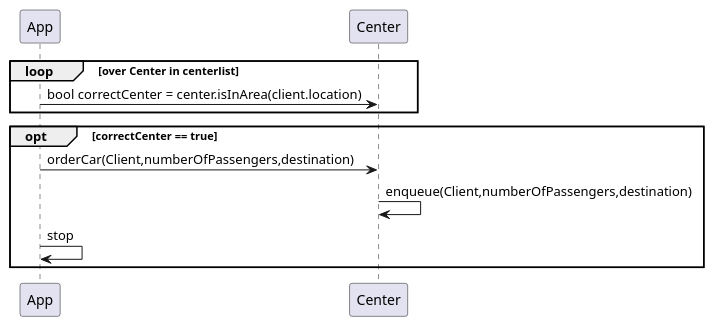
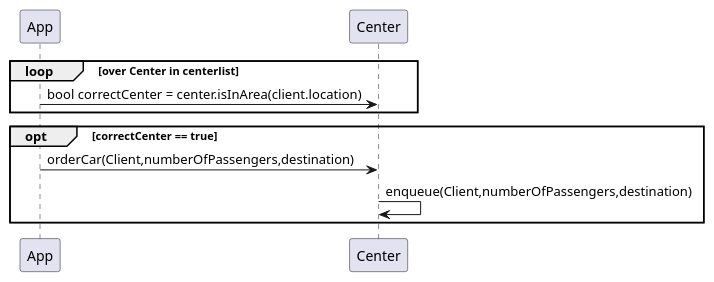
Before and after one commit to TwanSchoonen/Networking2018: the diagram in Diagrams/orderCar.org, drawn with PlantUML. The commit also changed 5 other files, not shown here.

```diff
--- a/Diagrams/orderCar.org
+++ b/Diagrams/orderCar.org
@@ -1,11 +1,10 @@
 #+BEGIN_SRC plantuml :file orderCar.png
 loop over Center in centerlist
 App -> Center : bool correctCenter = center.isInArea(client.location) 
 end
 opt correctCenter == true
   App->Center: orderCar(Client,numberOfPassengers,destination)
   Center->Center: enqueue(Client,numberOfPassengers,destination)
-  App->App : stop
 end
 
 #+END_SRC
```
